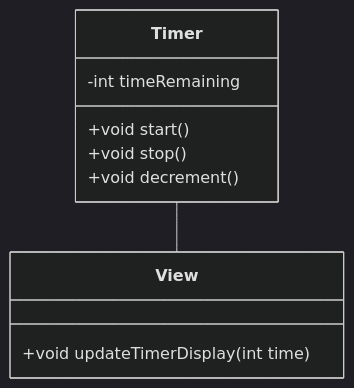
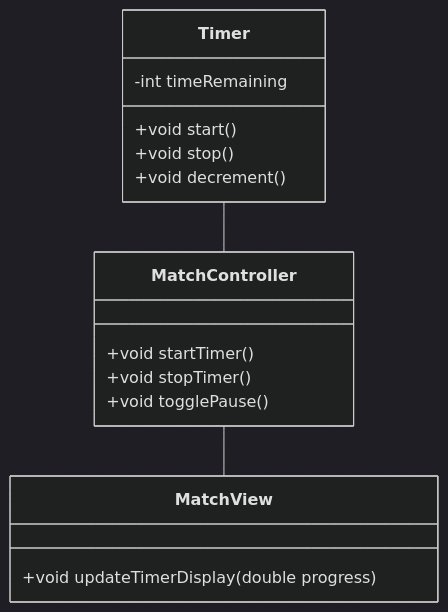
One commit to giuliavanni/frogger changed the third of 4 diagrams in README.md. Above: the diagram before and after it, drawn with Mermaid (dark theme). The commit also changed other lines of this file, not shown here.

````diff
--- a/README.md
+++ b/README.md
@@ -155,13 +202,19 @@
 ```mermaid
 classDiagram
     class Timer {
         -int timeRemaining
         +void start()
         +void stop()
         +void decrement()
     }
-    class View {
-        +void updateTimerDisplay(int time)
+    class MatchController {
+        +void startTimer()
+        +void stopTimer()
+        +void togglePause()
     }
-    Timer -- View
+    class MatchView {
+        +void updateTimerDisplay(double progress)
+    }
+    Timer -- MatchController
+    MatchController -- MatchView
 ```
````
